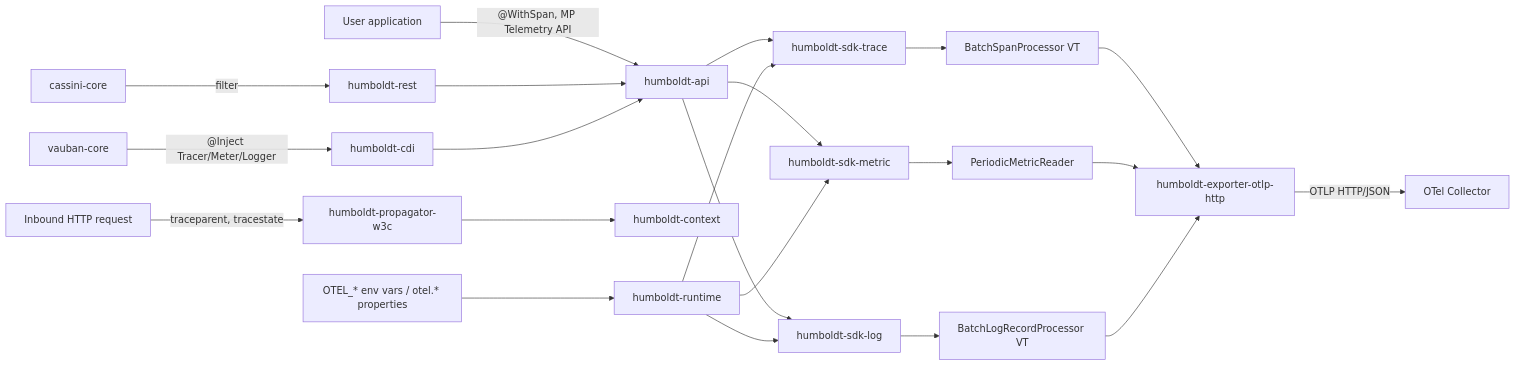
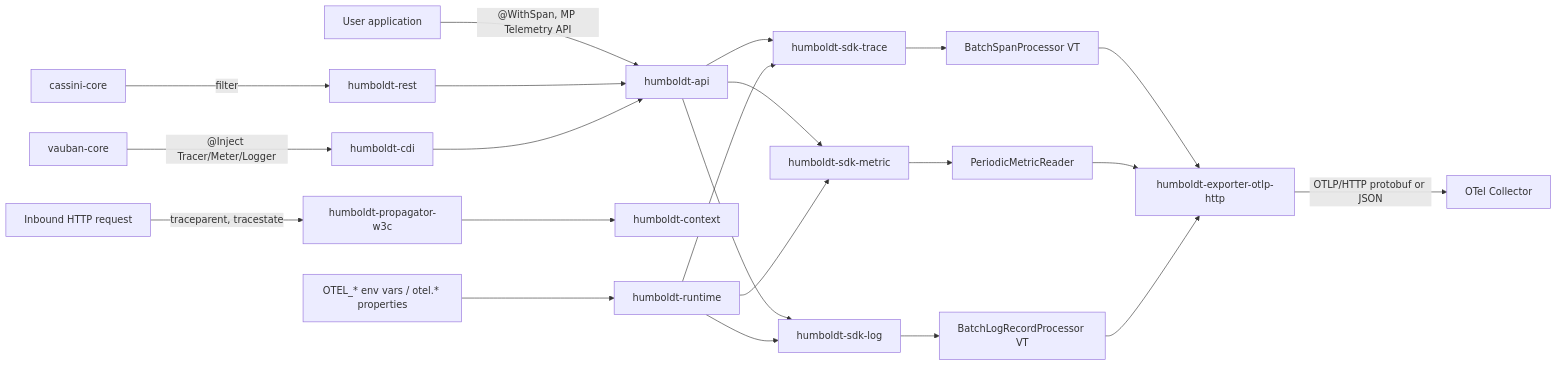
One commit to vidocq-stack/vidocq changed the diagram in vidocq-components/vidocq-components-microprofile/humboldt/docs/en/modules/ROOT/pages/index.adoc. Above: the diagram before and after it, drawn with Mermaid. The commit also changed other lines of this file and 41 other files, not shown here.

First line of the commit message:
feat(telemetry): OTLP/HTTP protobuf and otel.exporter.otlp.protocol (#830)

```diff
--- a/vidocq-components/vidocq-components-microprofile/humboldt/docs/en/modules/ROOT/pages/index.adoc
+++ b/vidocq-components/vidocq-components-microprofile/humboldt/docs/en/modules/ROOT/pages/index.adoc
@@ -59,25 +59,25 @@
 [mermaid]
 ....
 flowchart LR
   App[User application] -->|"@WithSpan, MP Telemetry API"| API[humboldt-api]
   HTTP[Inbound HTTP request] -->|traceparent, tracestate| Prop[humboldt-propagator-w3c]
   Prop --> Ctx[humboldt-context]
   API --> Trace[humboldt-sdk-trace]
   API --> Metric[humboldt-sdk-metric]
   API --> Log[humboldt-sdk-log]
   Trace --> Batch[BatchSpanProcessor VT]
   Metric --> Reader[PeriodicMetricReader]
   Log --> BatchL[BatchLogRecordProcessor VT]
   Batch --> Exp[humboldt-exporter-otlp-http]
   Reader --> Exp
   BatchL --> Exp
-  Exp -->|OTLP HTTP/JSON| Coll[OTel Collector]
+  Exp -->|OTLP/HTTP protobuf or JSON| Coll[OTel Collector]
   Cassini[cassini-core] -->|filter| REST[humboldt-rest]
   REST --> API
   Vauban[vauban-core] -->|"@Inject Tracer/Meter/Logger"| CDI[humboldt-cdi]
   CDI --> API
   Env["OTEL_* env vars / otel.* properties"] --> Runtime[humboldt-runtime]
   Runtime --> Trace
   Runtime --> Metric
   Runtime --> Log
 ....
```
